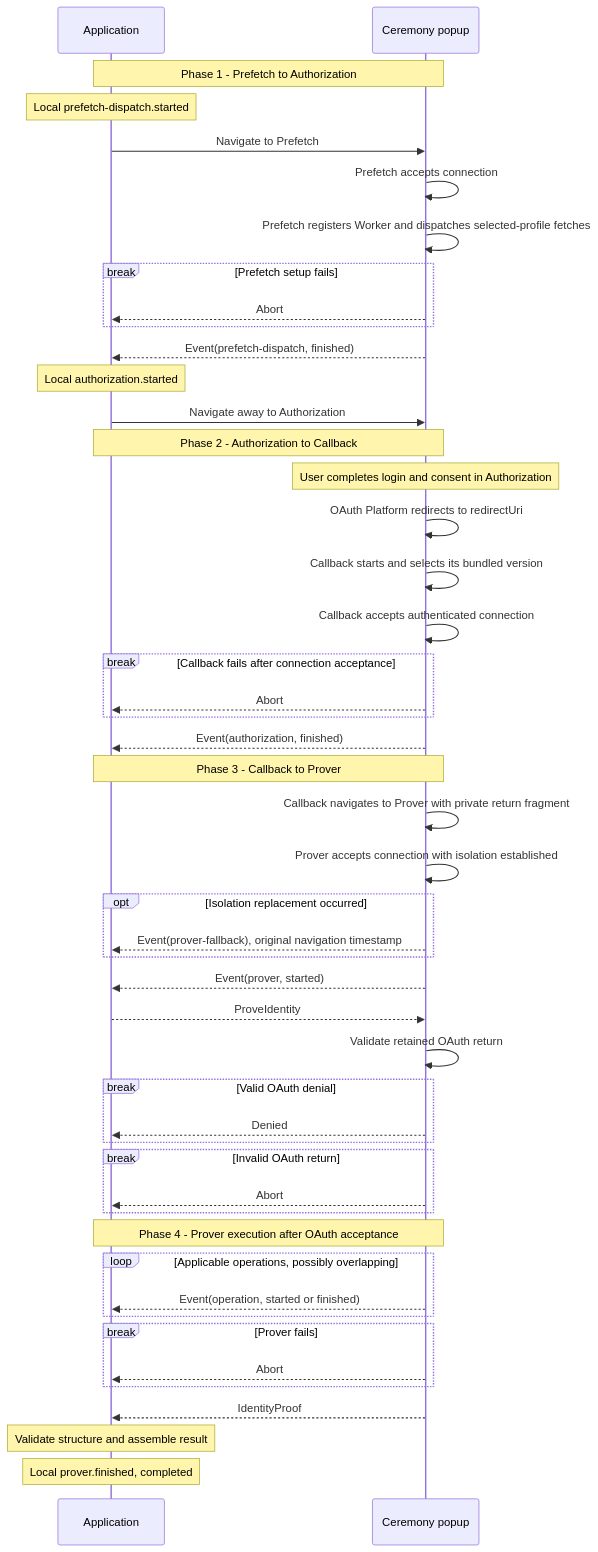
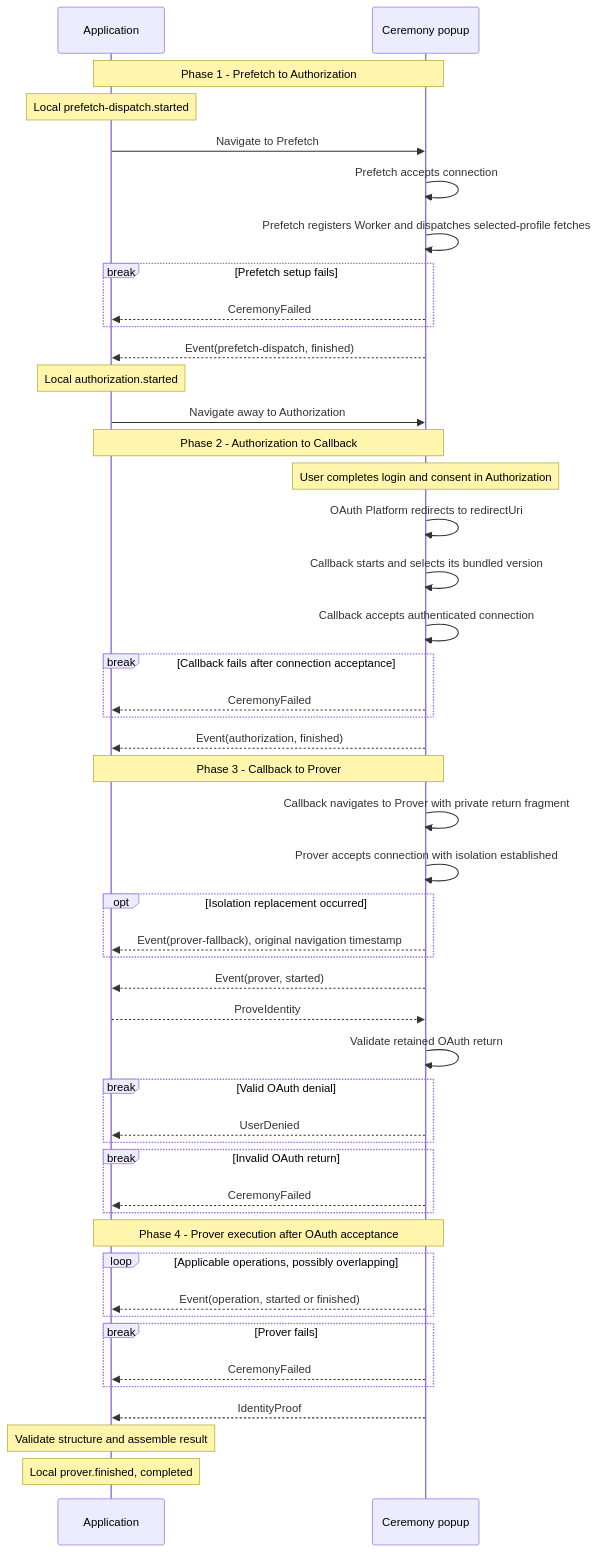
The diagram in specs/ccdp.md (libid-org/libID), drawn with Mermaid before and after one commit. The commit also changed other lines of this file and 1 other file, not shown here.

````diff
--- a/specs/ccdp.md
+++ b/specs/ccdp.md
@@ -792,54 +793,54 @@
 ```mermaid
 sequenceDiagram
     participant A as Application
     participant P as Ceremony popup
 
     Note over A,P: Phase 1 - Prefetch to Authorization
     Note over A: Local prefetch-dispatch.started
     A->>P: Navigate to Prefetch
     P->>P: Prefetch accepts connection
     P->>P: Prefetch registers Worker and dispatches selected-profile fetches
     break Prefetch setup fails
-        P-->>A: Abort
+        P-->>A: CeremonyFailed
     end
     P-->>A: Event(prefetch-dispatch, finished)
     Note over A: Local authorization.started
     A->>P: Navigate away to Authorization
 
     Note over A,P: Phase 2 - Authorization to Callback
     Note over P: User completes login and consent in Authorization
     P->>P: OAuth Platform redirects to redirectUri
     P->>P: Callback starts and selects its bundled version
     P->>P: Callback accepts authenticated connection
     break Callback fails after connection acceptance
-        P-->>A: Abort
+        P-->>A: CeremonyFailed
     end
     P-->>A: Event(authorization, finished)
 
     Note over A,P: Phase 3 - Callback to Prover
     P->>P: Callback navigates to Prover with private return fragment
     P->>P: Prover accepts connection with isolation established
     opt Isolation replacement occurred
         P-->>A: Event(prover-fallback), original navigation timestamp
     end
     P-->>A: Event(prover, started)
     A-->>P: ProveIdentity
 
     P->>P: Validate retained OAuth return
     break Valid OAuth denial
-        P-->>A: Denied
+        P-->>A: UserDenied
     end
     break Invalid OAuth return
-        P-->>A: Abort
+        P-->>A: CeremonyFailed
     end
     Note over A,P: Phase 4 - Prover execution after OAuth acceptance
     loop Applicable operations, possibly overlapping
         P-->>A: Event(operation, started or finished)
     end
     break Prover fails
-        P-->>A: Abort
+        P-->>A: CeremonyFailed
     end
     P-->>A: IdentityProof
     Note over A: Validate structure and assemble result
     Note over A: Local prover.finished, completed
 ```
````
